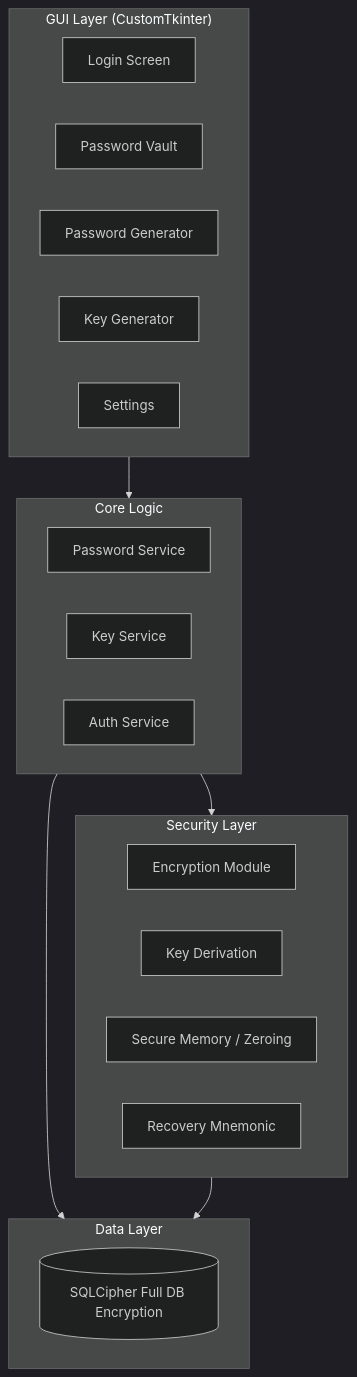
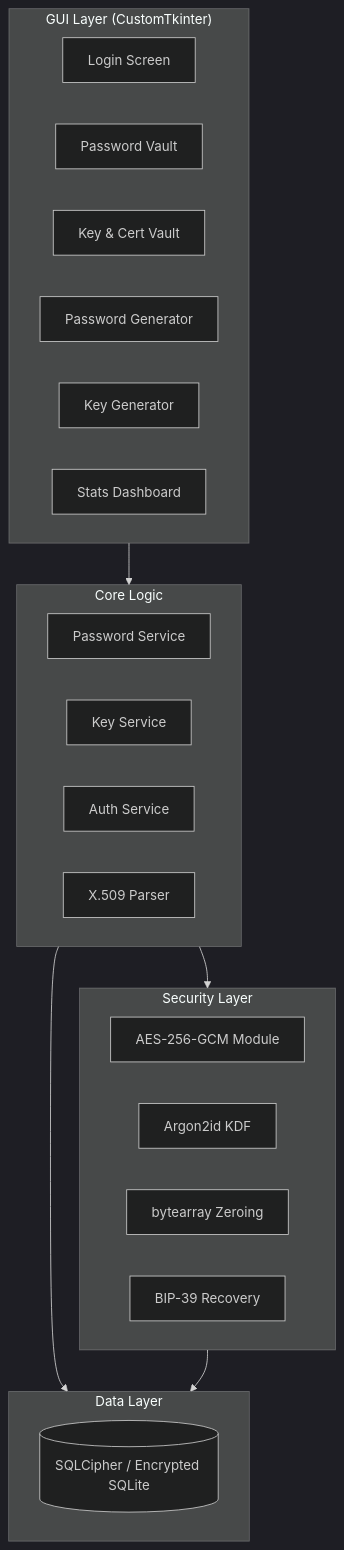
One commit to mayomacam/BitMarrow changed the diagram in docs/implementation_plan.md. Above: the diagram before and after it, drawn with Mermaid (dark theme). The commit also changed other lines of this file and 25 other files, not shown here.

````diff
--- a/docs/implementation_plan.md
+++ b/docs/implementation_plan.md
@@ -7,32 +7,34 @@
 ```mermaid
 graph TB
     subgraph GUI["GUI Layer (CustomTkinter)"]
         Login[Login Screen]
         Vault[Password Vault]
+        CertVault[Key & Cert Vault]
         PassGen[Password Generator]
         KeyGen[Key Generator]
-        Settings[Settings]
+        Stats[Stats Dashboard]
     end
     
     subgraph Core["Core Logic"]
         PassService[Password Service]
         KeyService[Key Service]
         AuthService[Auth Service]
+        CertParser[X.509 Parser]
     end
     
     subgraph Security["Security Layer"]
-        Encryption[Encryption Module]
-        KeyDerivation[Key Derivation]
-        SecureMemory[Secure Memory / Zeroing]
-        Mnemonic[Recovery Mnemonic]
+        Encryption[AES-256-GCM Module]
+        KeyDerivation[Argon2id KDF]
+        SecureMemory[bytearray Zeroing]
+        Mnemonic[BIP-39 Recovery]
     end
     
     subgraph Data["Data Layer"]
-        DB[(SQLCipher Full DB Encryption)]
+        DB[(SQLCipher / Encrypted SQLite)]
     end
     
     GUI --> Core
     Core --> Security
     Core --> Data
     Security --> Data
 ```
````
